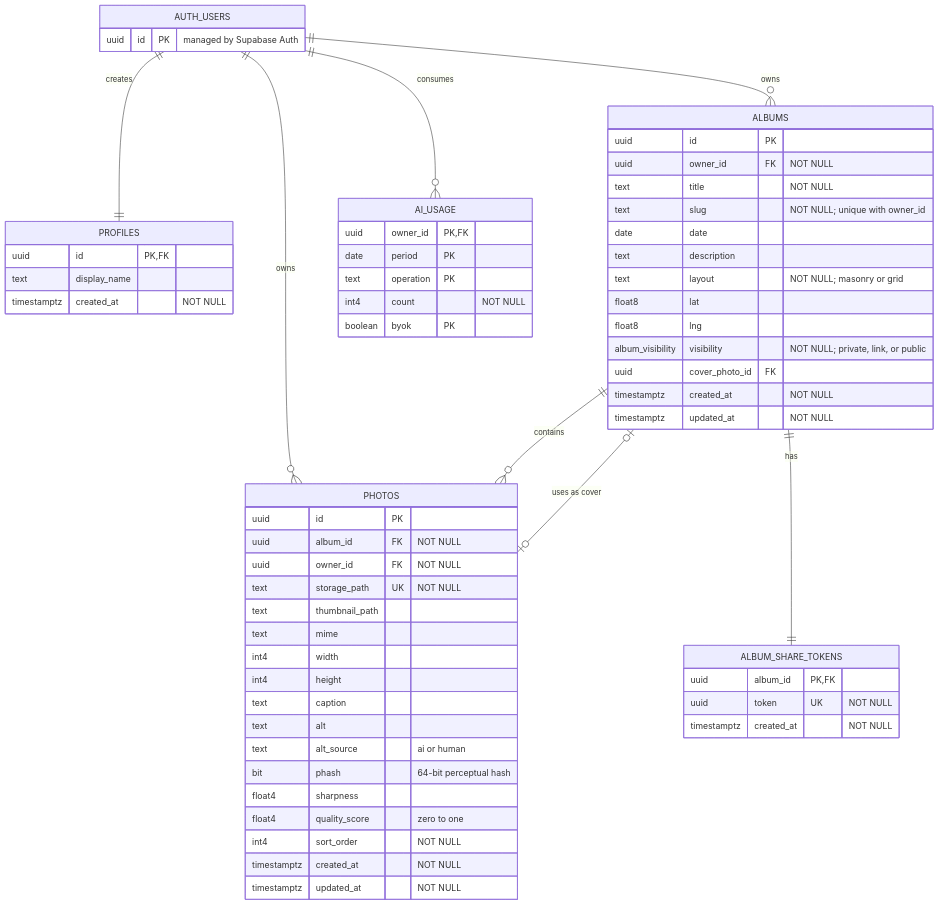
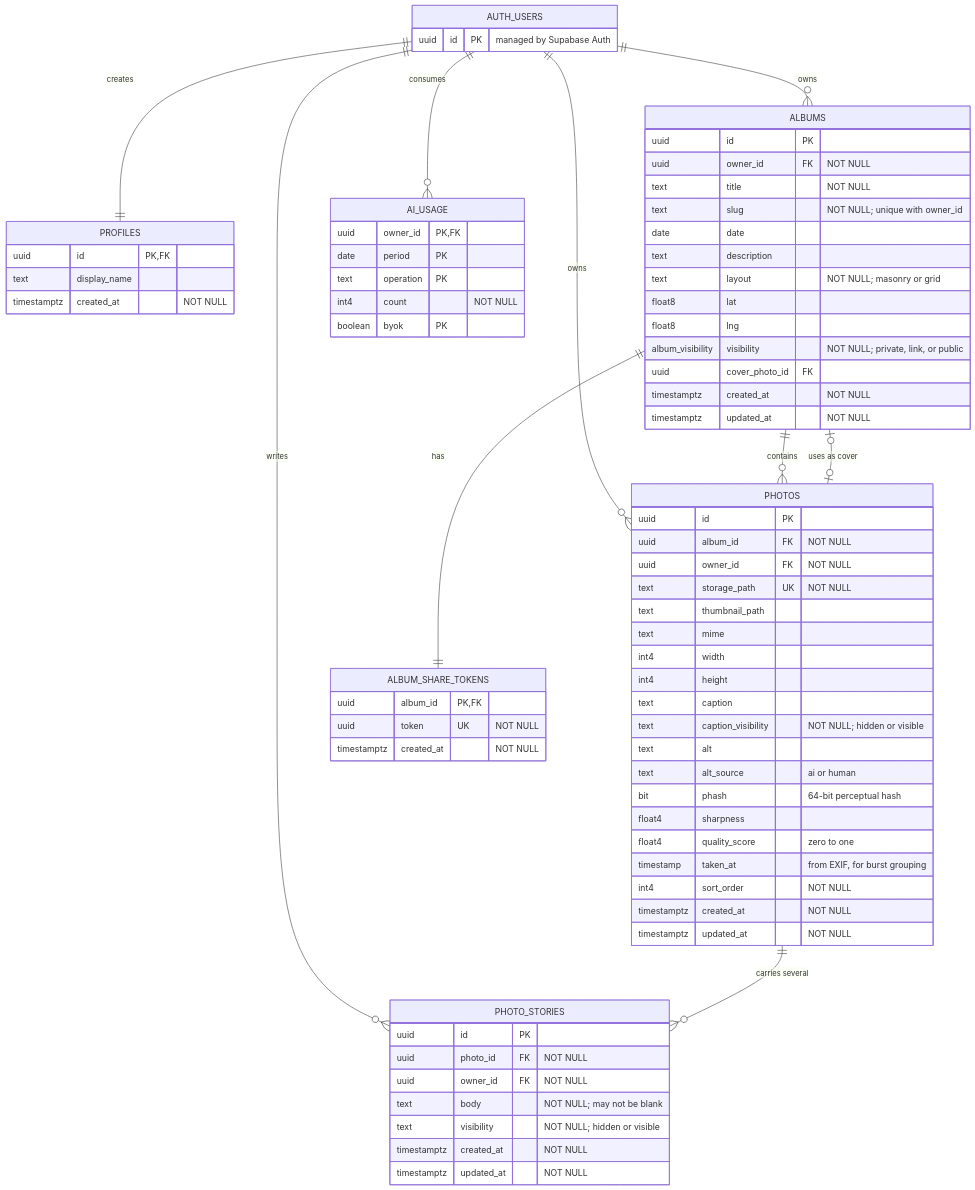
The second of 3 diagrams in docs/project-structure.md (Elizabeth1979/albums-studio), drawn with Mermaid before and after one commit. The commit also changed other lines of this file and 2 other files, not shown here.

First line of the commit message:
Put the models on the architecture map, and keep it current

```diff
--- a/docs/project-structure.md
+++ b/docs/project-structure.md
@@ -86,10 +131,12 @@
     AUTH_USERS ||--|| PROFILES : creates
     AUTH_USERS ||--o{ ALBUMS : owns
     AUTH_USERS ||--o{ PHOTOS : owns
+    AUTH_USERS ||--o{ PHOTO_STORIES : writes
     AUTH_USERS ||--o{ AI_USAGE : consumes
     ALBUMS ||--o{ PHOTOS : contains
     ALBUMS ||--|| ALBUM_SHARE_TOKENS : has
     ALBUMS o|--o| PHOTOS : "uses as cover"
+    PHOTOS ||--o{ PHOTO_STORIES : "carries several"
 
     AUTH_USERS {
         uuid id PK "managed by Supabase Auth"
@@ -127,12 +174,24 @@
         int4 width
         int4 height
         text caption
+        text caption_visibility "NOT NULL; hidden or visible"
         text alt
         text alt_source "ai or human"
         bit phash "64-bit perceptual hash"
         float4 sharpness
         float4 quality_score "zero to one"
+        timestamp taken_at "from EXIF, for burst grouping"
         int4 sort_order "NOT NULL"
+        timestamptz created_at "NOT NULL"
+        timestamptz updated_at "NOT NULL"
+    }
+
+    PHOTO_STORIES {
+        uuid id PK
+        uuid photo_id FK "NOT NULL"
+        uuid owner_id FK "NOT NULL"
+        text body "NOT NULL; may not be blank"
+        text visibility "NOT NULL; hidden or visible"
         timestamptz created_at "NOT NULL"
         timestamptz updated_at "NOT NULL"
     }
```
